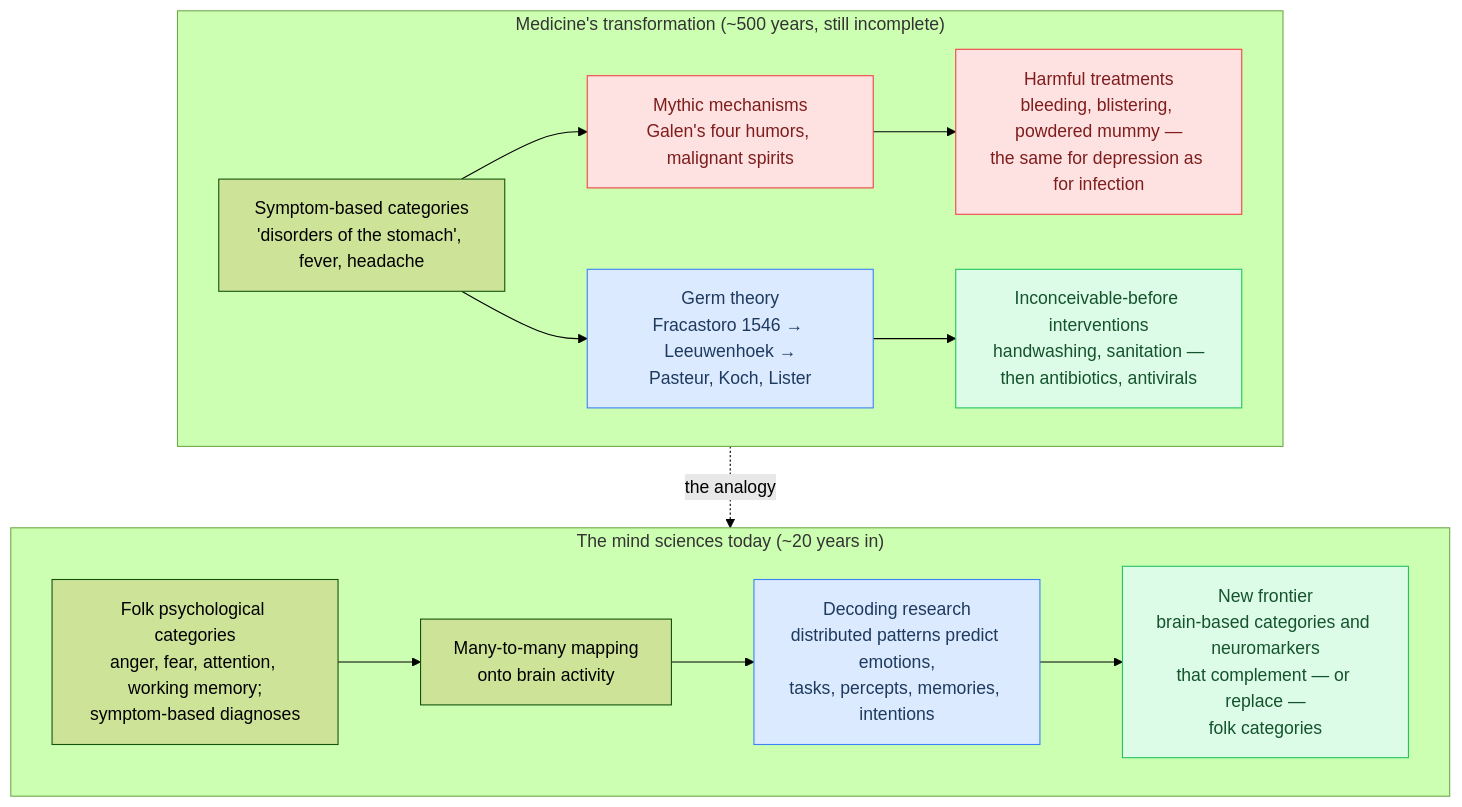
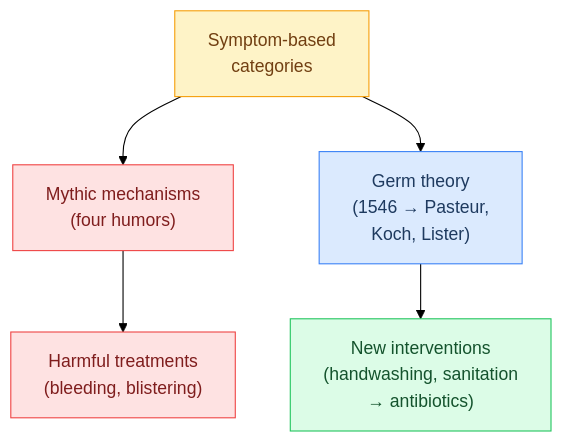
The fourth of 6 diagrams in part1/ch02-mechanisms-and-concepts-brain-and.md (torwager/elements-of-fmri-tutorials), drawn with Mermaid (forest theme) before and after one commit. The commit also changed other lines of this file and 64 other files, not shown here.

First line of the commit message:
Polish batch A (ch 1-21): equation where-lines + hover tooltips, verbose comments, example outputs, resource links, figure rights + fixes, mermaid cleanup

````diff
--- a/part1/ch02-mechanisms-and-concepts-brain-and.md
+++ b/part1/ch02-mechanisms-and-concepts-brain-and.md
@@ -83,21 +90,12 @@
 ```{mermaid}
 flowchart TD
-    subgraph MED["Medicine's transformation (~500 years, still incomplete)"]
-        M1["Symptom-based categories<br/>'disorders of the stomach', fever, headache"] --> M2["Mythic mechanisms<br/>Galen's four humors, malignant spirits"]
-        M2 --> M3["Harmful treatments<br/>bleeding, blistering, powdered mummy —<br/>the same for depression as for infection"]
-        M1 --> M4["Germ theory<br/>Fracastoro 1546 → Leeuwenhoek →<br/>Pasteur, Koch, Lister"]
-        M4 --> M5["Inconceivable-before interventions<br/>handwashing, sanitation —<br/>then antibiotics, antivirals"]
-    end
-    subgraph MIND["The mind sciences today (~20 years in)"]
-        P1["Folk psychological categories<br/>anger, fear, attention, working memory;<br/>symptom-based diagnoses"] --> P2["Many-to-many mapping<br/>onto brain activity"]
-        P2 --> P3["Decoding research<br/>distributed patterns predict emotions,<br/>tasks, percepts, memories, intentions"]
-        P3 --> P4["New frontier<br/>brain-based categories and neuromarkers<br/>that complement — or replace —<br/>folk categories"]
-    end
-    MED -.->|"the analogy"| MIND
+    M1["Symptom-based<br/>categories"] --> M2["Mythic mechanisms<br/>(four humors)"]
+    M2 --> M3["Harmful treatments<br/>(bleeding, blistering)"]
+    M1 --> M4["Germ theory<br/>(1546 → Pasteur,<br/>Koch, Lister)"]
+    M4 --> M5["New interventions<br/>(handwashing, sanitation<br/>→ antibiotics)"]
+    style M1 fill:#fef3c7,stroke:#f59e0b,color:#713f12
     style M2 fill:#fee2e2,stroke:#ef4444,color:#7f1d1d
     style M3 fill:#fee2e2,stroke:#ef4444,color:#7f1d1d
     style M4 fill:#dbeafe,stroke:#3b82f6,color:#1e3a5f
     style M5 fill:#dcfce7,stroke:#22c55e,color:#14532d
-    style P3 fill:#dbeafe,stroke:#3b82f6,color:#1e3a5f
-    style P4 fill:#dcfce7,stroke:#22c55e,color:#14532d
 ```
````
